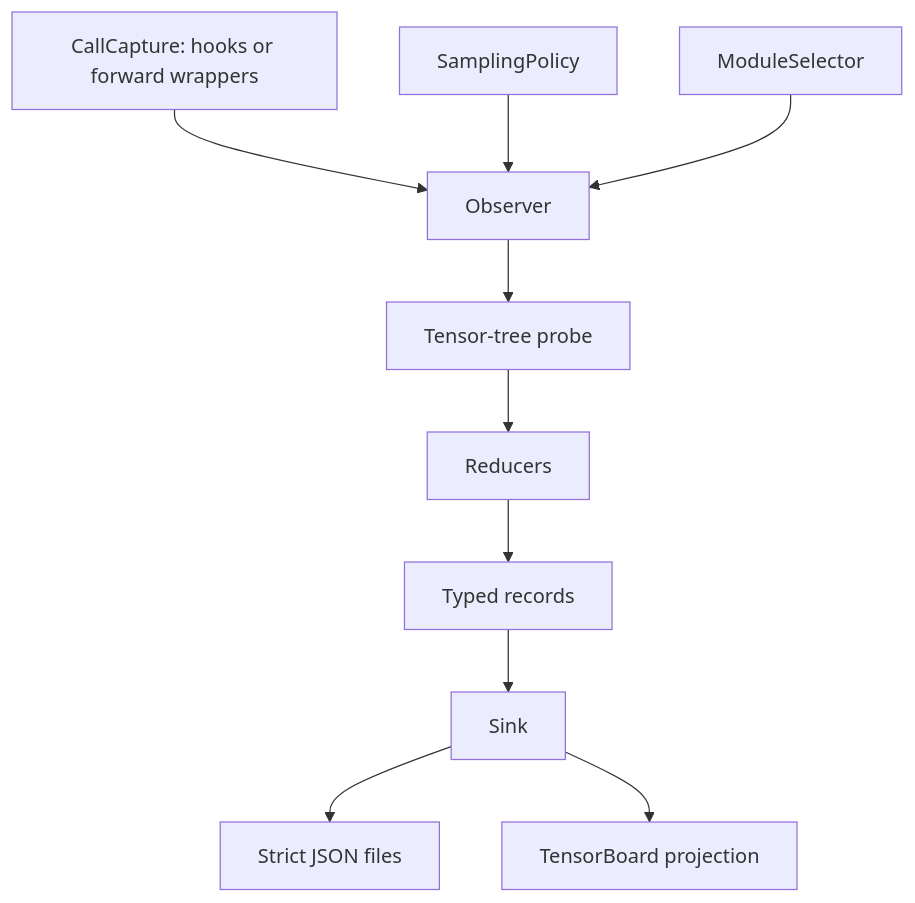
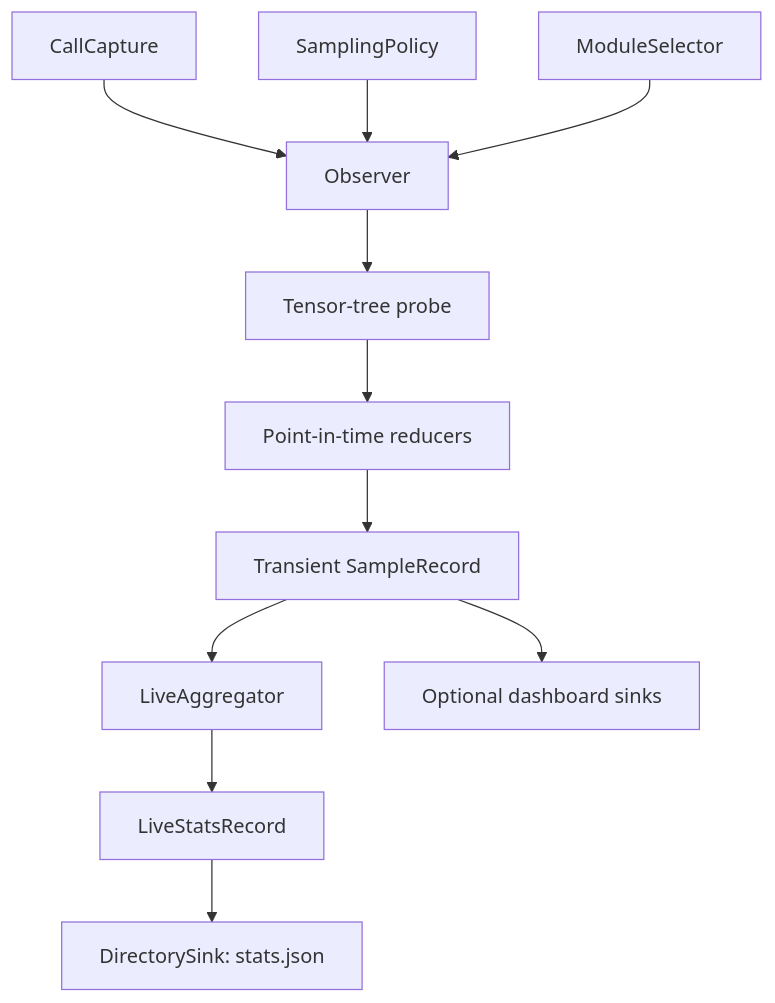
The diagram in docs/design.md (Red-Eyed/torchinstruments), drawn with Mermaid before and after one commit. The commit also changed other lines of this file and 37 other files, not shown here.

````diff
--- a/docs/design.md
+++ b/docs/design.md
@@ -64,12 +37,13 @@
 ```mermaid
 flowchart TD
-    C[CallCapture: hooks or forward wrappers] --> O[Observer]
+    C[CallCapture] --> O[Observer]
     SP[SamplingPolicy] --> O
     MS[ModuleSelector] --> O
     O --> P[Tensor-tree probe]
-    P --> R[Reducers]
-    R --> REC[Typed records]
-    REC --> S[Sink]
-    S --> J[Strict JSON files]
-    S --> TB[TensorBoard projection]
+    P --> R[Point-in-time reducers]
+    R --> E[Transient SampleRecord]
+    E --> A[LiveAggregator]
+    A --> L[LiveStatsRecord]
+    L --> D[DirectorySink: stats.json]
+    E --> TB[Optional dashboard sinks]
 ```
````
